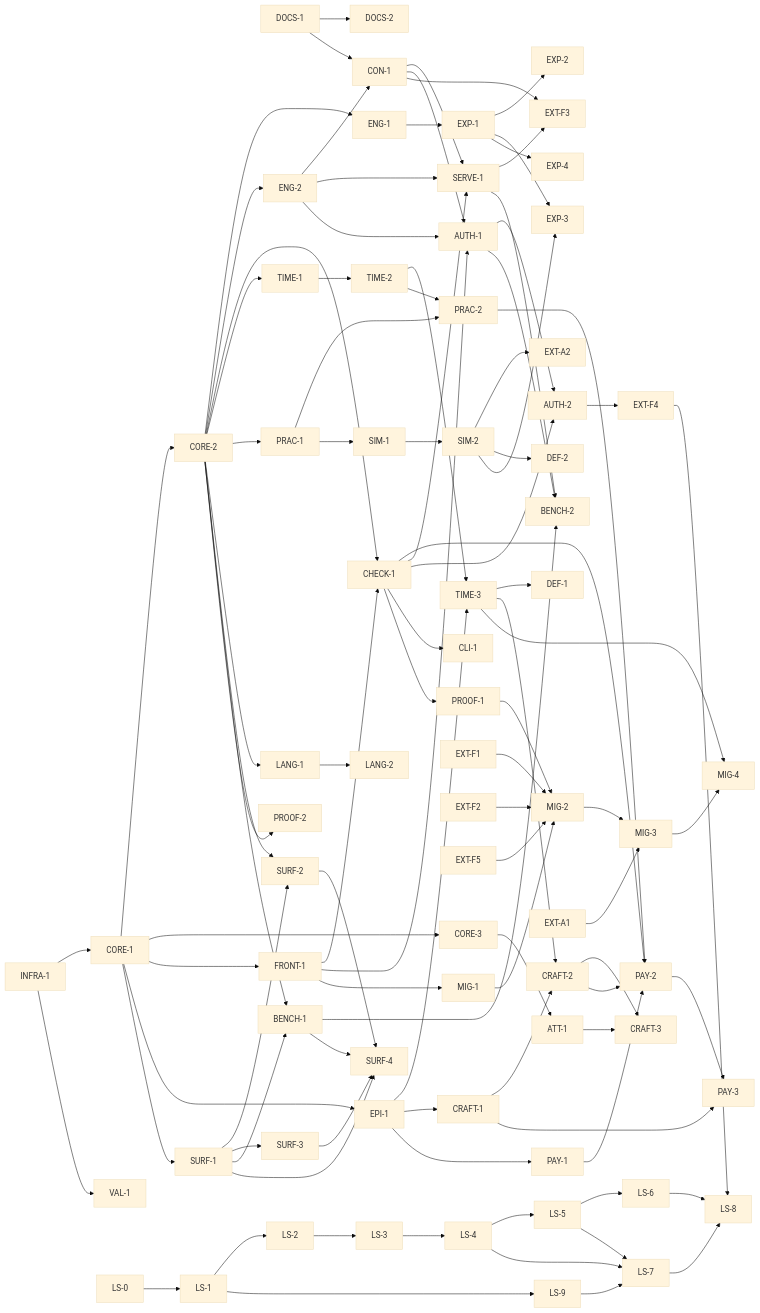
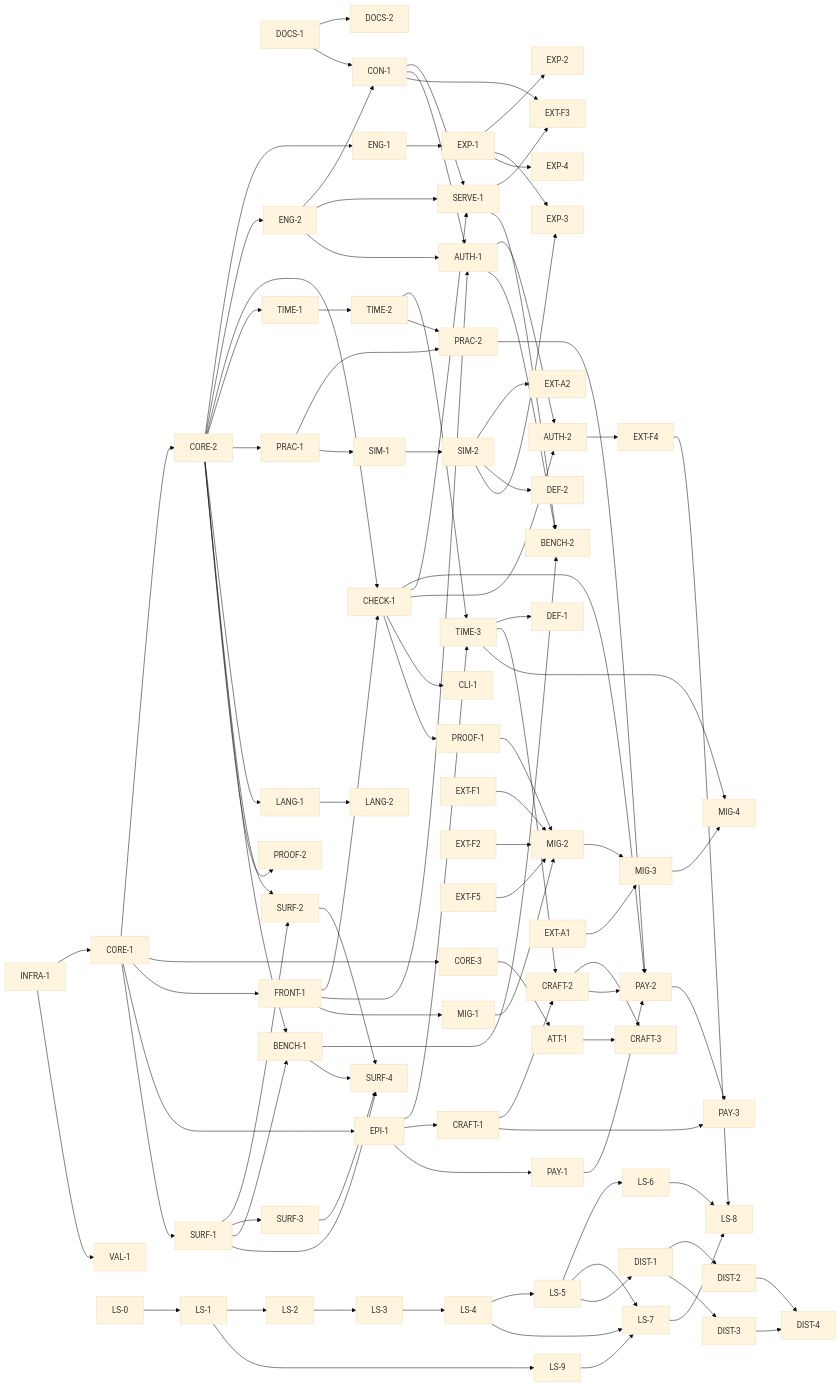
The diagram in docs/PLAN.md (jeffreykentjr/deloreis), drawn with Mermaid (base theme) before and after one commit. The commit also changed other lines of this file and 22 other files, not shown here.

````diff
--- a/docs/PLAN.md
+++ b/docs/PLAN.md
@@ -619,4 +664,10 @@
   LS-6 --> LS-8
   LS-7 --> LS-8
   EXT-F4 --> LS-8
+
+  LS-5 --> DIST-1
+  DIST-1 --> DIST-2
+  DIST-1 --> DIST-3
+  DIST-2 --> DIST-4
+  DIST-3 --> DIST-4
 ```
````
